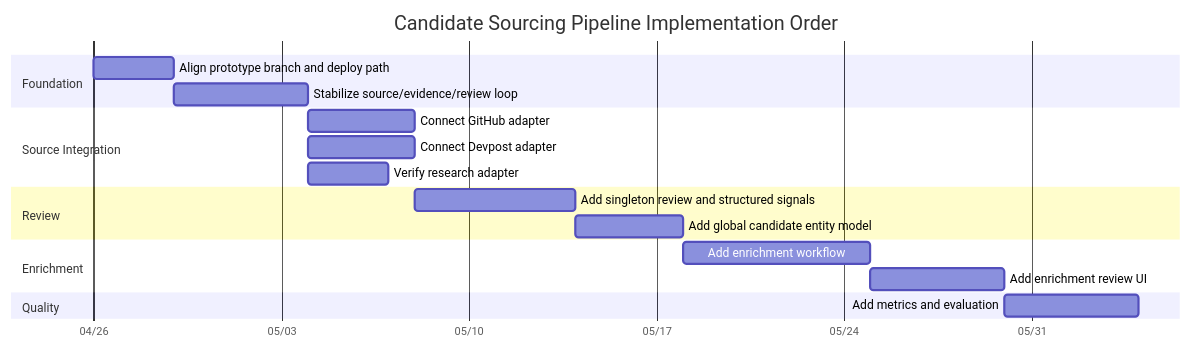
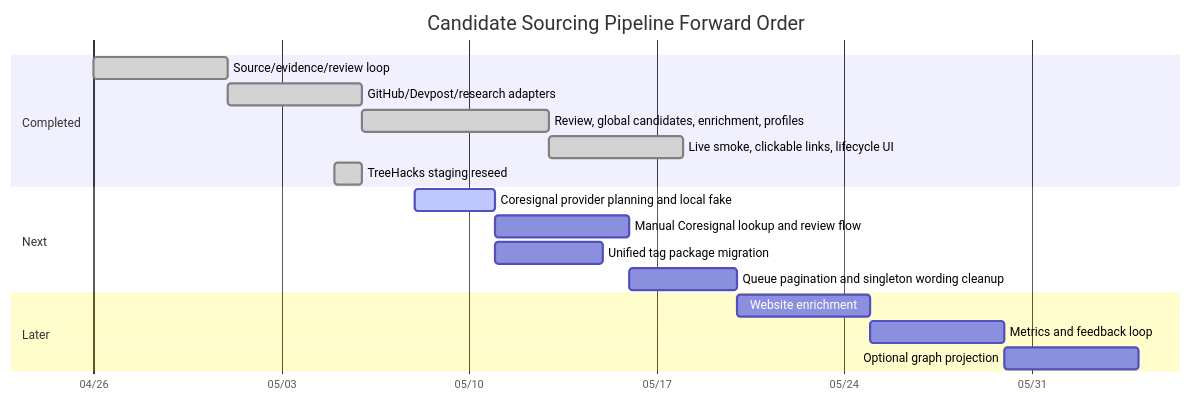
One commit to WeKruit/wekruit-scraping changed the third of 4 diagrams in docs/candidate-sourcing-pipeline/IMPLEMENTATION_PLAN.md. Above: the diagram before and after it, drawn with Mermaid. The commit also changed other lines of this file, not shown here.

Commit message:
docs: refresh sourcing plan state

````diff
--- a/docs/candidate-sourcing-pipeline/IMPLEMENTATION_PLAN.md
+++ b/docs/candidate-sourcing-pipeline/IMPLEMENTATION_PLAN.md
@@ -1863,21 +1927,21 @@
 ```mermaid
 gantt
-  title Candidate Sourcing Pipeline Implementation Order
+  title Candidate Sourcing Pipeline Forward Order
   dateFormat  YYYY-MM-DD
   axisFormat  %m/%d
-  section Foundation
-  Align prototype branch and deploy path         :p0, 2026-04-26, 3d
-  Stabilize source/evidence/review loop          :p1, after p0, 5d
-  section Source Integration
-  Connect GitHub adapter                         :p2, after p1, 4d
-  Connect Devpost adapter                        :p3, after p1, 4d
-  Verify research adapter                        :p4, after p1, 3d
-  section Review
-  Add singleton review and structured signals    :p5, after p2, 6d
-  Add global candidate entity model              :p6, after p5, 4d
-  section Enrichment
-  Add enrichment workflow                         :p7, after p6, 7d
-  Add enrichment review UI                        :p8, after p7, 5d
-  section Quality
-  Add metrics and evaluation                      :p9, after p8, 5d
+  section Completed
+  Source/evidence/review loop                     :done, c1, 2026-04-26, 5d
+  GitHub/Devpost/research adapters                :done, c2, after c1, 5d
+  Review, global candidates, enrichment, profiles :done, c3, after c2, 7d
+  Live smoke, clickable links, lifecycle UI       :done, c4, after c3, 5d
+  TreeHacks staging reseed                        :done, c5, 2026-05-05, 1d
+  section Next
+  Coresignal provider planning and local fake     :active, n1, 2026-05-08, 3d
+  Manual Coresignal lookup and review flow        :n2, after n1, 5d
+  Unified tag package migration                   :n3, after n1, 4d
+  Queue pagination and singleton wording cleanup  :n4, after n2, 4d
+  section Later
+  Website enrichment                              :l1, after n4, 5d
+  Metrics and feedback loop                       :l2, after l1, 5d
+  Optional graph projection                       :l3, after l2, 5d
 ```
````
